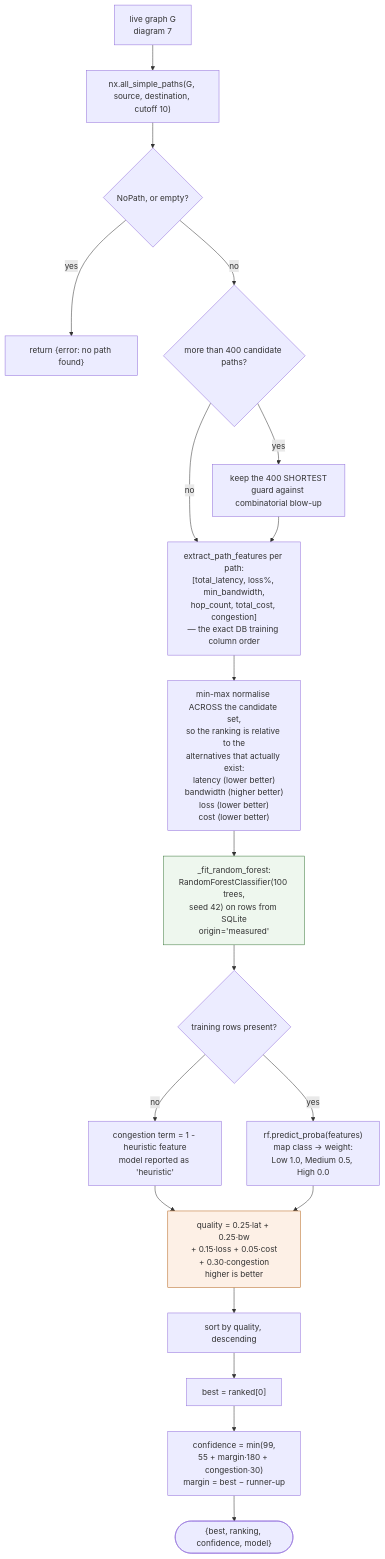
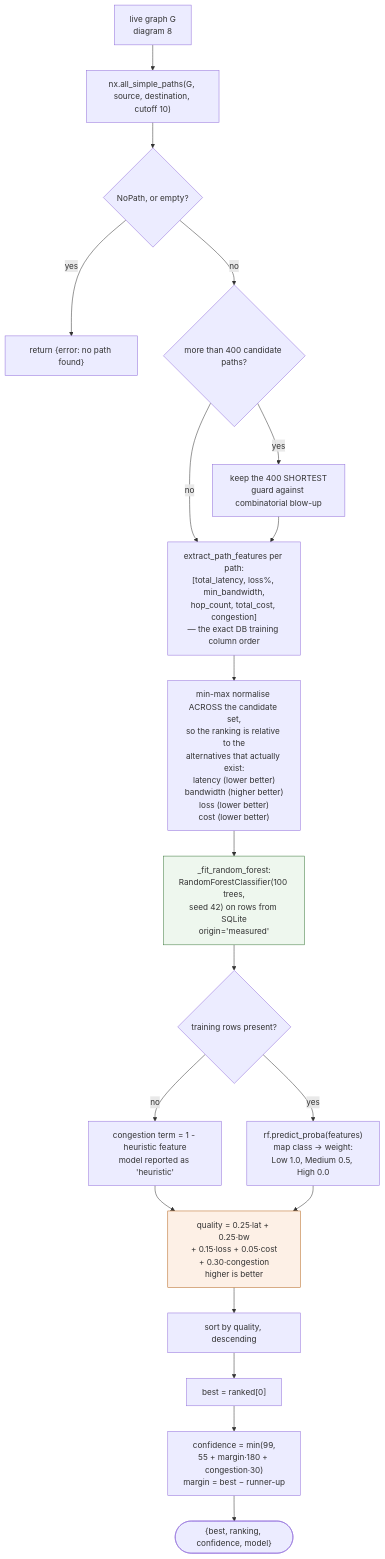
Diagram 11 of 21 in docs/ALGORITHM_FLOWCHARTS.md (bhavshetty2003-gif/NetRouteAI), drawn with Mermaid before and after one commit. The commit also changed other lines of this file and 12 other files, not shown here.

````diff
--- a/docs/ALGORITHM_FLOWCHARTS.md
+++ b/docs/ALGORITHM_FLOWCHARTS.md
@@ -601,28 +731,28 @@
 ```mermaid
 flowchart TD
-    G["live graph G<br/>diagram 7"] --> ALL["nx.all_simple_paths(G, source, destination, cutoff 10)"]
+    G["live graph G<br/>diagram 8"] --> ALL["nx.all_simple_paths(G, source, destination, cutoff 10)"]
     ALL --> NOPATH{"NoPath, or empty?"}
     NOPATH -- yes --> E1["return {error: no path found}"]
     NOPATH -- no --> CAP{"more than 400 candidate paths?"}
     CAP -- yes --> TRIM["keep the 400 SHORTEST<br/>guard against combinatorial blow-up"]
     CAP -- no --> FEAT
     TRIM --> FEAT["extract_path_features per path:<br/>[total_latency, loss%, min_bandwidth,<br/>hop_count, total_cost, congestion]<br/>— the exact DB training column order"]
 
     FEAT --> NORM["min-max normalise ACROSS the candidate set,<br/>so the ranking is relative to the<br/>alternatives that actually exist:<br/>latency (lower better)<br/>bandwidth (higher better)<br/>loss (lower better)<br/>cost (lower better)"]
     NORM --> FIT["_fit_random_forest:<br/>RandomForestClassifier(100 trees,<br/>seed 42) on rows from SQLite<br/>origin='measured'"]
 
     FIT --> HASRF{"training rows present?"}
     HASRF -- no --> HEUR["congestion term = 1 - heuristic feature<br/>model reported as 'heuristic'"]
     HASRF -- yes --> PROBA["rf.predict_proba(features)<br/>map class → weight:<br/>Low 1.0, Medium 0.5, High 0.0"]
 
     HEUR --> SCORE
     PROBA --> SCORE["quality = 0.25·lat + 0.25·bw<br/>+ 0.15·loss + 0.05·cost<br/>+ 0.30·congestion<br/>higher is better"]
 
     SCORE --> SORT["sort by quality, descending"]
     SORT --> BEST["best = ranked[0]"]
     BEST --> CONF["confidence = min(99,<br/>55 + margin·180 + congestion·30)<br/>margin = best − runner-up"]
     CONF --> OUT(["{best, ranking, confidence, model}"])
 
     style FIT fill:#eef7ee,stroke:#3d7a3d
     style SCORE fill:#fdf0e6,stroke:#b5651d
 ```
````
